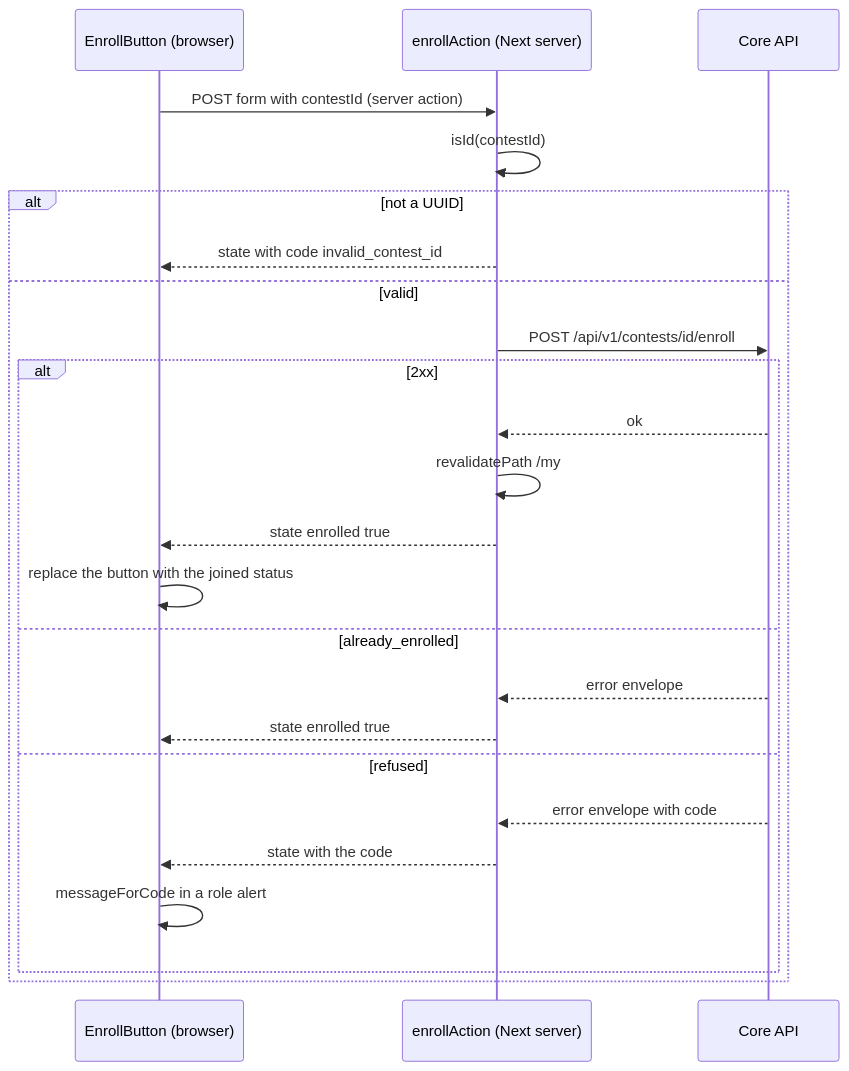
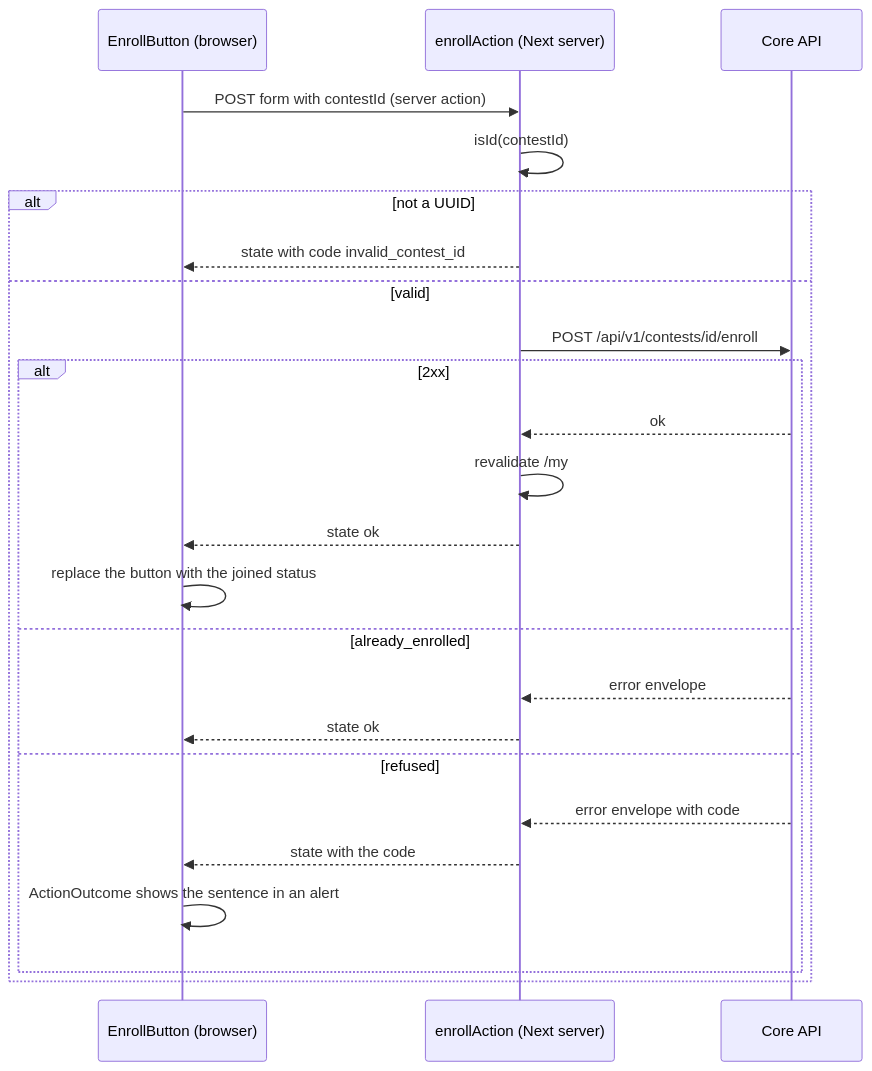
One commit to devrdn/olymp-db-platform changed the third of 4 diagrams in docs/guide/05-frontend.md. Above: the diagram before and after it, drawn with Mermaid. The commit also changed other lines of this file, not shown here.

First line of the commit message:
docs(guide): describe the frontend as its frame, page reads and action form now work

````diff
--- a/docs/guide/05-frontend.md
+++ b/docs/guide/05-frontend.md
@@ -304,26 +403,26 @@
 ```mermaid
 sequenceDiagram
     participant U as EnrollButton (browser)
     participant N as enrollAction (Next server)
     participant API as Core API
     U->>N: POST form with contestId (server action)
     N->>N: isId(contestId)
     alt not a UUID
         N-->>U: state with code invalid_contest_id
     else valid
         N->>API: POST /api/v1/contests/id/enroll
         alt 2xx
             API-->>N: ok
-            N->>N: revalidatePath /my
-            N-->>U: state enrolled true
+            N->>N: revalidate /my
+            N-->>U: state ok
             U->>U: replace the button with the joined status
         else already_enrolled
             API-->>N: error envelope
-            N-->>U: state enrolled true
+            N-->>U: state ok
         else refused
             API-->>N: error envelope with code
             N-->>U: state with the code
-            U->>U: messageForCode in a role alert
+            U->>U: ActionOutcome shows the sentence in an alert
         end
     end
 ```
````
